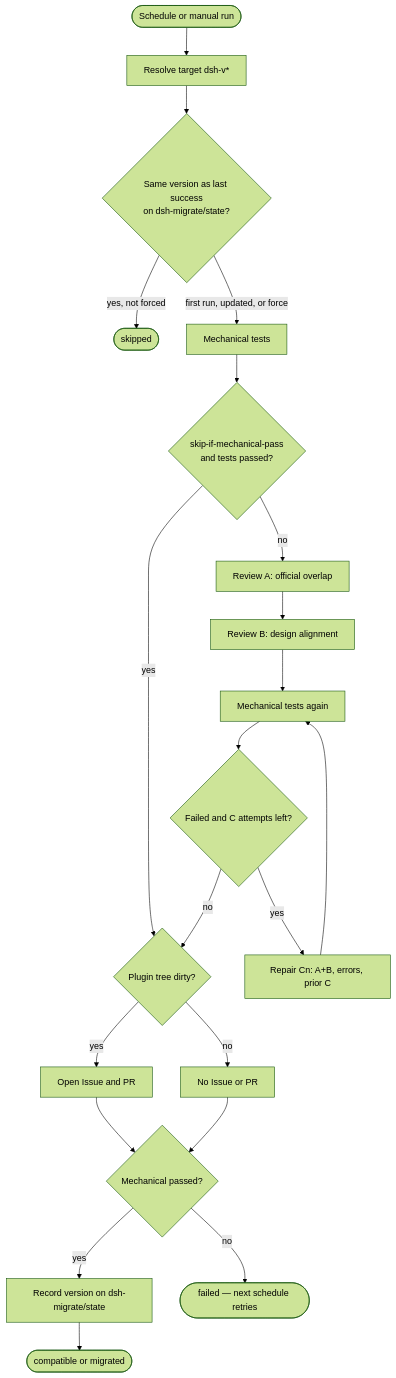
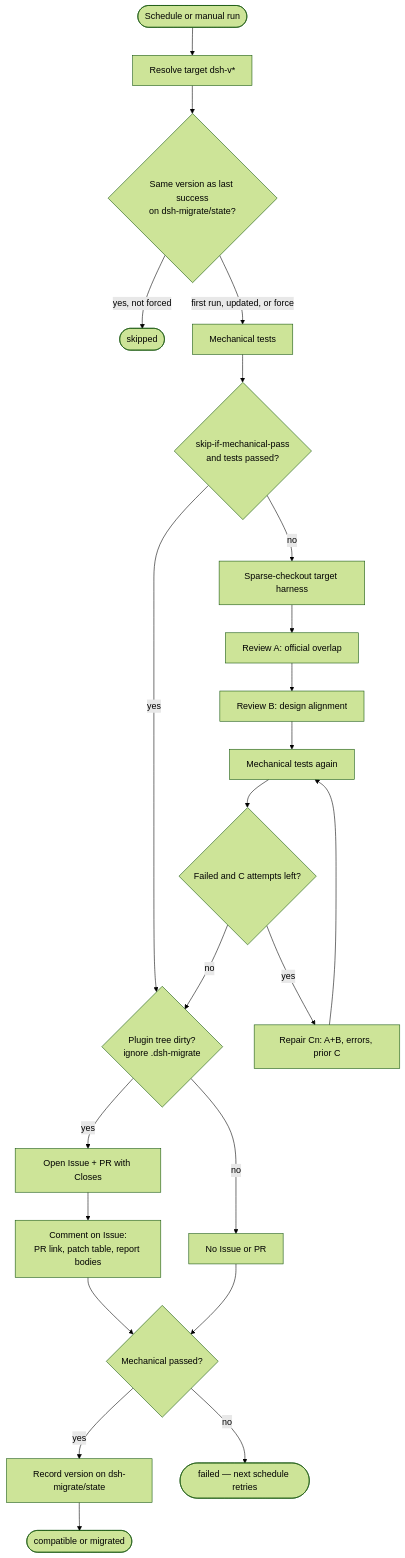
Before and after one commit to royenheart/dsh-migrate-bot: the diagram in README.md, drawn with Mermaid (forest theme). The commit also changed other lines of this file and 40 other files, not shown here.

First line of the commit message:
feat: add quota, harness checkout, and patch-report Issue comments

````diff
--- a/README.md
+++ b/README.md
@@ -25,23 +25,25 @@
 ```mermaid
 flowchart TD
   start([Schedule or manual run]) --> resolve[Resolve target dsh-v*]
   resolve --> gate{Same version as last success<br/>on dsh-migrate/state?}
   gate -->|yes, not forced| skipped([skipped])
   gate -->|first run, updated, or force| mech[Mechanical tests]
   mech --> skipAB{skip-if-mechanical-pass<br/>and tests passed?}
   skipAB -->|yes| dirty
-  skipAB -->|no| A[Review A: official overlap]
+  skipAB -->|no| checkout[Sparse-checkout target harness]
+  checkout --> A[Review A: official overlap]
   A --> B[Review B: design alignment]
   B --> retest[Mechanical tests again]
   retest --> loop{Failed and C attempts left?}
   loop -->|yes| C[Repair Cn: A+B, errors, prior C]
   C --> retest
-  loop -->|no| dirty{Plugin tree dirty?}
-  dirty -->|yes| pr[Open Issue and PR]
+  loop -->|no| dirty{Plugin tree dirty?<br/>ignore .dsh-migrate}
   dirty -->|no| nopublish[No Issue or PR]
-  pr --> rec
+  dirty -->|yes| pr[Open Issue + PR with Closes]
+  pr --> comment[Comment on Issue:<br/>PR link, patch table, report bodies]
+  comment --> rec
   nopublish --> rec{Mechanical passed?}
   rec -->|yes| save[Record version on dsh-migrate/state]
   rec -->|no| failed([failed — next schedule retries])
   save --> done([compatible or migrated])
 ```
````
